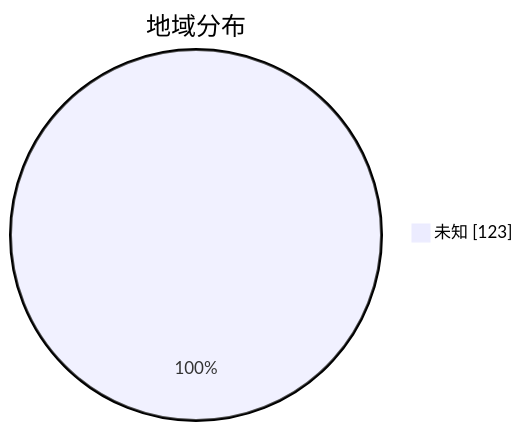
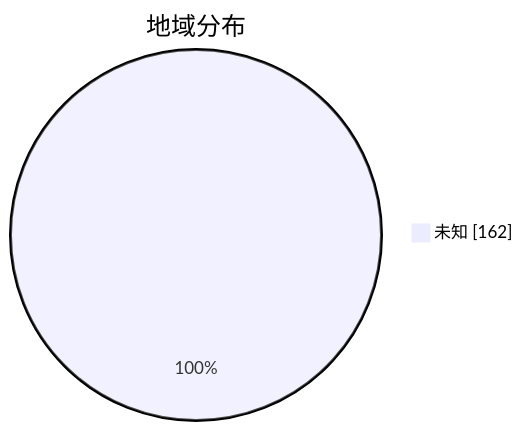
One commit to qjlxg/airport changed the second of 3 diagrams in subs/statistics/tested_within.md. Above: the diagram before and after it, drawn with Mermaid. The commit also changed other lines of this file and 2 other files, not shown here.

````diff
--- a/subs/statistics/tested_within.md
+++ b/subs/statistics/tested_within.md
@@ -11,5 +11,5 @@
 ```mermaid
 pie showData
 title 地域分布
-"未知" : 123
+"未知" : 162
 ```
````
